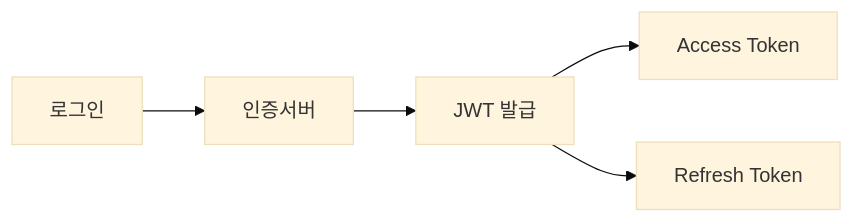
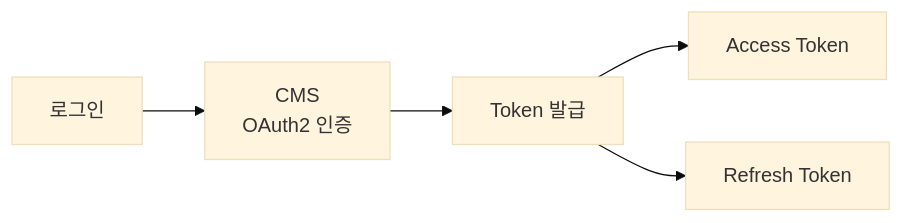
Before and after one commit to sknkwoxs/manual-book: the fourth of 6 diagrams in src/content/docs/goodthinking-isp/04-design/web-architecture.md, drawn with Mermaid (base theme). The commit also changed other lines of this file and 6 other files, not shown here.

````diff
--- a/src/content/docs/goodthinking-isp/04-design/web-architecture.md
+++ b/src/content/docs/goodthinking-isp/04-design/web-architecture.md
@@ -161,13 +248,13 @@
 ```mermaid
 graph LR
     Login["로그인"]
-    AuthServer["인증서버"]
-    JWT["JWT 발급"]
+    AuthServer["CMS<br/>OAuth2 인증"]
+    JWT["Token 발급"]
     AccessToken["Access Token"]
     RefreshToken["Refresh Token"]
     
     Login --> AuthServer
     AuthServer --> JWT
     JWT --> AccessToken
     JWT --> RefreshToken
 ```
````
